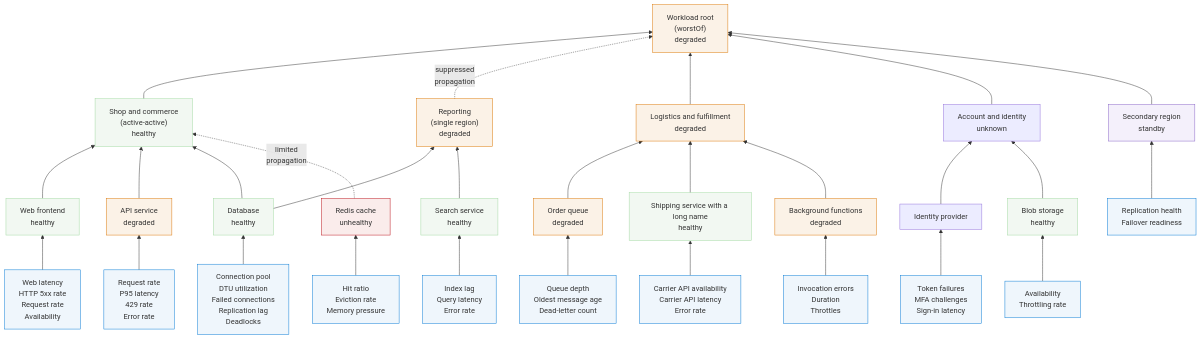
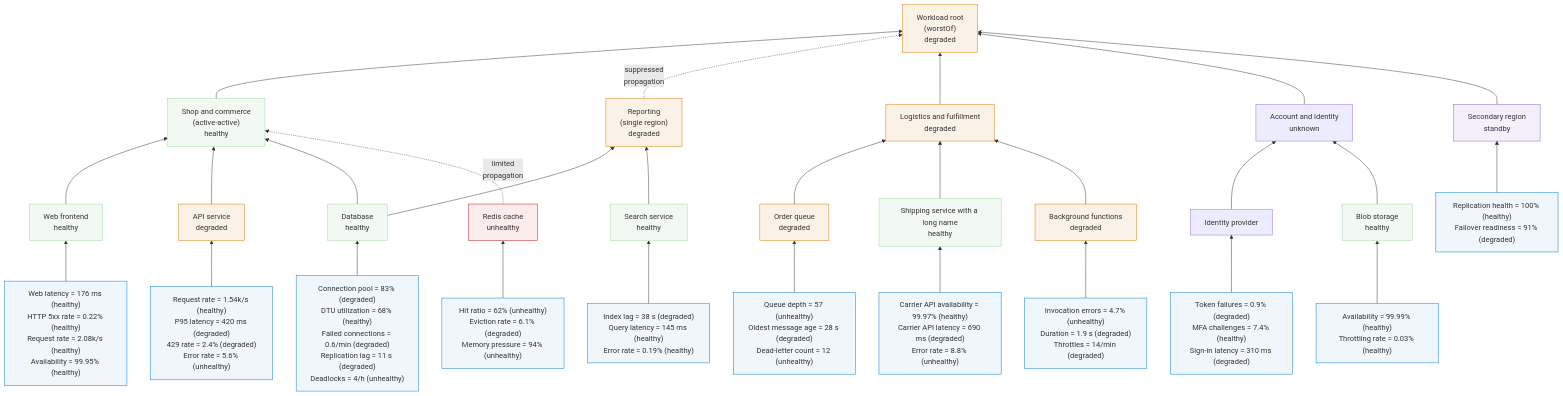
The diagram in kitchen-sink.md (abossard/ahm-diagrammo), drawn with Mermaid before and after one commit. The commit also changed other lines of this file and 272 other files, not shown here.

````diff
--- a/kitchen-sink.md
+++ b/kitchen-sink.md
@@ -5,51 +7,42 @@
 ```mermaid
 flowchart BT
-    %% ---- signals (blue), multi-metric so tables have many rows ----
-    webSig["Web latency<br/>HTTP 5xx rate<br/>Request rate<br/>Availability"] --> web["Web frontend<br/>healthy"]
-    apiSig["Request rate<br/>P95 latency<br/>429 rate<br/>Error rate"] --> api["API service<br/>degraded"]
-    dbSig["Connection pool<br/>DTU utilization<br/>Failed connections<br/>Replication lag<br/>Deadlocks"] --> db["Database<br/>healthy"]
-    cacheSig["Hit ratio<br/>Eviction rate<br/>Memory pressure"] --> cache["Redis cache<br/>unhealthy"]
-    queueSig["Queue depth<br/>Oldest message age<br/>Dead-letter count"] --> queue["Order queue<br/>degraded"]
-    stgSig["Availability<br/>Throttling rate"] --> stg["Blob storage<br/>healthy"]
-    authSig["Token failures<br/>MFA challenges<br/>Sign-in latency"] --> auth["Identity provider"]
-    searchSig["Index lag<br/>Query latency<br/>Error rate"] --> search["Search service<br/>healthy"]
-    shipSig["Carrier API availability<br/>Carrier API latency<br/>Error rate"] --> ship["Shipping service with a long name<br/>healthy"]
-    fnSig["Invocation errors<br/>Duration<br/>Throttles"] --> fn["Background functions<br/>degraded"]
+    webSig["Web latency = 176 ms (healthy)<br/>HTTP 5xx rate = 0.22% (healthy)<br/>Request rate = 2.08k/s (healthy)<br/>Availability = 99.95% (healthy)"] --> web["Web frontend<br/>healthy"]
+    apiSig["Request rate = 1.54k/s (healthy)<br/>P95 latency = 420 ms (degraded)<br/>429 rate = 2.4% (degraded)<br/>Error rate = 5.6% (unhealthy)"] --> api["API service<br/>degraded"]
+    dbSig["Connection pool = 83% (degraded)<br/>DTU utilization = 68% (healthy)<br/>Failed connections = 0.6/min (degraded)<br/>Replication lag = 11 s (degraded)<br/>Deadlocks = 4/h (unhealthy)"] --> db["Database<br/>healthy"]
+    cacheSig["Hit ratio = 62% (unhealthy)<br/>Eviction rate = 6.1% (degraded)<br/>Memory pressure = 94% (unhealthy)"] --> cache["Redis cache<br/>unhealthy"]
+    queueSig["Queue depth = 57 (unhealthy)<br/>Oldest message age = 28 s (degraded)<br/>Dead-letter count = 12 (unhealthy)"] --> queue["Order queue<br/>degraded"]
+    stgSig["Availability = 99.99% (healthy)<br/>Throttling rate = 0.03% (healthy)"] --> stg["Blob storage<br/>healthy"]
+    authSig["Token failures = 0.9% (degraded)<br/>MFA challenges = 7.4% (healthy)<br/>Sign-in latency = 310 ms (degraded)"] --> auth["Identity provider"]
+    searchSig["Index lag = 38 s (degraded)<br/>Query latency = 145 ms (healthy)<br/>Error rate = 0.19% (healthy)"] --> search["Search service<br/>healthy"]
+    shipSig["Carrier API availability = 99.97% (healthy)<br/>Carrier API latency = 690 ms (degraded)<br/>Error rate = 8.8% (unhealthy)"] --> ship["Shipping service with a long name<br/>healthy"]
+    fnSig["Invocation errors = 4.7% (unhealthy)<br/>Duration = 1.9 s (degraded)<br/>Throttles = 14/min (degraded)"] --> fn["Background functions<br/>degraded"]
 
-    %% ---- components -> business flows ----
     web --> shop["Shop and commerce<br/>(active-active)<br/>healthy"]
     api --> shop
     db --> shop
     cache -. "limited<br/>propagation" .-> shop
-
     db --> reporting["Reporting<br/>(single region)<br/>degraded"]
     search --> reporting
-
     queue --> logistics["Logistics and fulfillment<br/>degraded"]
     ship --> logistics
     fn --> logistics
-
     auth --> account["Account and identity<br/>unknown"]
     stg --> account
-
-    %% ---- standby (purple) ----
-    secSig["Replication health<br/>Failover readiness"] --> secondary["Secondary region<br/>standby"]
-
-    %% ---- flows -> root ----
+    secSig["Replication health = 100% (healthy)<br/>Failover readiness = 91% (degraded)"] --> secondary["Secondary region<br/>standby"]
     shop --> root["Workload root<br/>(worstOf)<br/>degraded"]
     reporting -. "suppressed<br/>propagation" .-> root
     logistics --> root
     account --> root
     secondary --> root
 
     classDef blue fill:#eff6fc,stroke:#0078D4;
     classDef green fill:#f2f8f2,stroke:#a0d8a0;
     classDef amber fill:#fbf2e7,stroke:#db7500;
     classDef red fill:#faeceb,stroke:#ba0d16;
     classDef purple fill:#f4f0fb,stroke:#8661c5;
     class webSig,apiSig,dbSig,cacheSig,queueSig,stgSig,authSig,searchSig,shipSig,fnSig,secSig blue;
     class web,db,stg,search,ship,shop green;
     class api,queue,fn,reporting,logistics,root amber;
     class cache red;
     class secondary purple;
 ```
````
